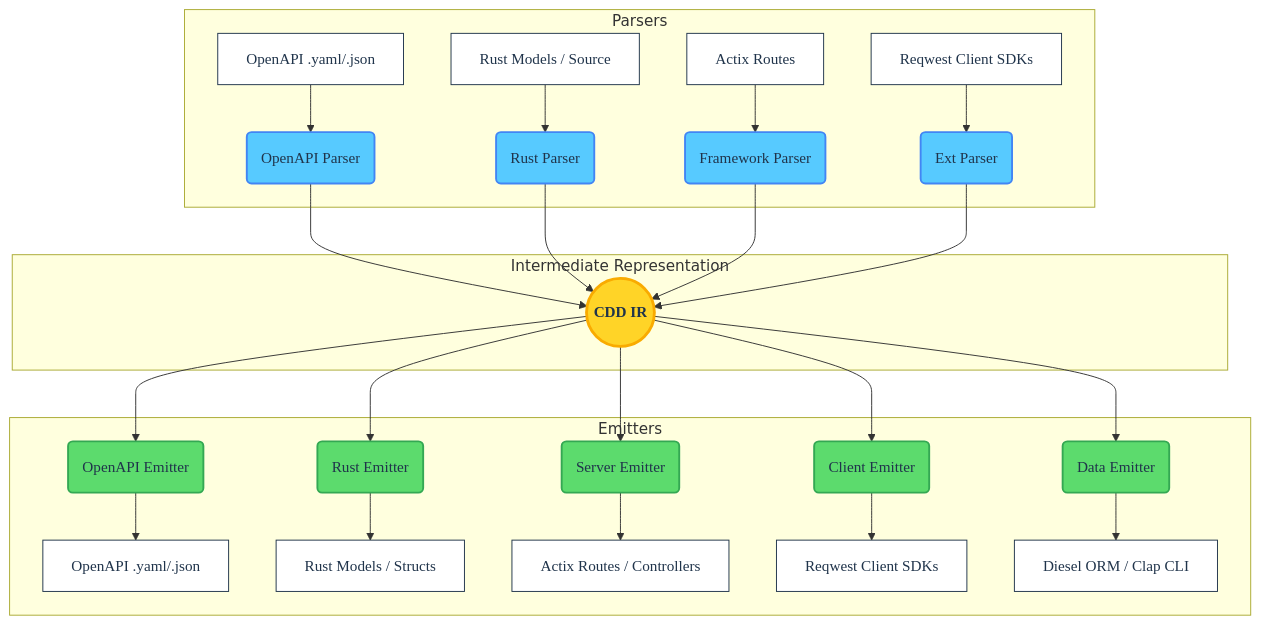
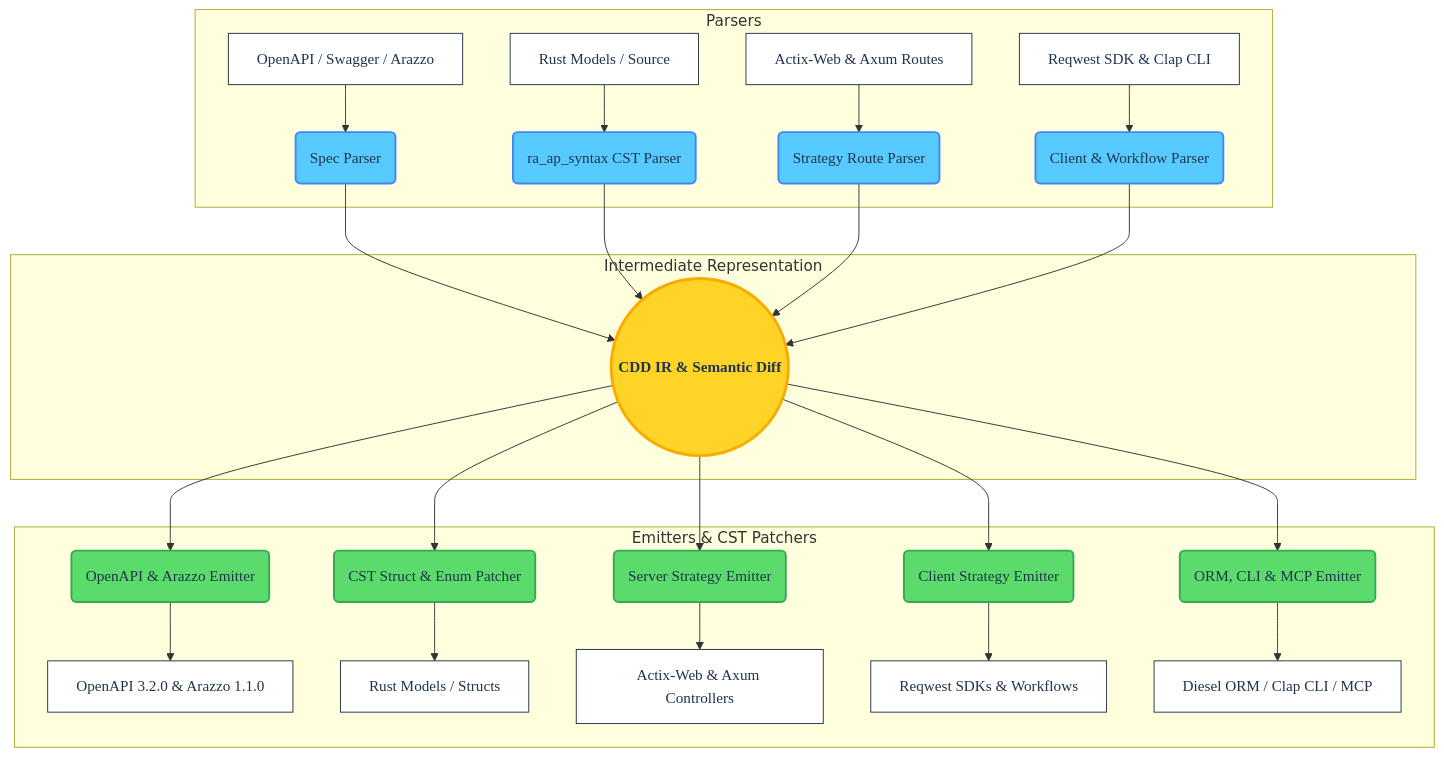
One commit to offscale/cdd-rust changed the diagram in ARCHITECTURE.md. Above: the diagram before and after it, drawn with Mermaid. The commit also changed other lines of this file and 18 other files, not shown here.

````diff
--- a/ARCHITECTURE.md
+++ b/ARCHITECTURE.md
@@ -15,38 +14,38 @@
 ```mermaid
 graph TD
     %% Styling Definitions
     classDef frontend fill:#57caff,stroke:#4285f4,stroke-width:2px,color:#20344b,font-family:Roboto Mono
     classDef core fill:#ffd427,stroke:#f9ab00,stroke-width:3px,color:#20344b,font-family:Google Sans,font-weight:bold
     classDef backend fill:#5cdb6d,stroke:#34a853,stroke-width:2px,color:#20344b,font-family:Roboto Mono
     classDef endpoint fill:#ffffff,stroke:#20344b,stroke-width:1px,color:#20344b,font-family:Google Sans
 
     subgraph Frontend [Parsers]
-        A[OpenAPI .yaml/.json]:::endpoint --> P1(OpenAPI Parser):::frontend
-        B[Rust Models / Source]:::endpoint --> P2(Rust Parser):::frontend
-        C[Actix Routes]:::endpoint --> P3(Framework Parser):::frontend
-        D[Reqwest Client SDKs]:::endpoint --> P4(Ext Parser):::frontend
+        A[OpenAPI / Swagger / Arazzo]:::endpoint --> P1(Spec Parser):::frontend
+        B[Rust Models / Source]:::endpoint --> P2(ra_ap_syntax CST Parser):::frontend
+        C[Actix-Web & Axum Routes]:::endpoint --> P3(Strategy Route Parser):::frontend
+        D[Reqwest SDK & Clap CLI]:::endpoint --> P4(Client & Workflow Parser):::frontend
     end
 
     subgraph Core [Intermediate Representation]
-        IR((CDD IR)):::core
+        IR((CDD IR & Semantic Diff)):::core
     end
 
-    subgraph Backend [Emitters]
-        E1(OpenAPI Emitter):::backend --> X[OpenAPI .yaml/.json]:::endpoint
-        E2(Rust Emitter):::backend --> Y[Rust Models / Structs]:::endpoint
-        E3(Server Emitter):::backend --> Z[Actix Routes / Controllers]:::endpoint
-        E4(Client Emitter):::backend --> W[Reqwest Client SDKs]:::endpoint
-        E5(Data Emitter):::backend --> V[Diesel ORM / Clap CLI]:::endpoint
+    subgraph Backend [Emitters & CST Patchers]
+        E1(OpenAPI & Arazzo Emitter):::backend --> X[OpenAPI 3.2.0 & Arazzo 1.1.0]:::endpoint
+        E2(CST Struct & Enum Patcher):::backend --> Y[Rust Models / Structs]:::endpoint
+        E3(Server Strategy Emitter):::backend --> Z[Actix-Web & Axum Controllers]:::endpoint
+        E4(Client Strategy Emitter):::backend --> W[Reqwest SDKs & Workflows]:::endpoint
+        E5(ORM, CLI & MCP Emitter):::backend --> V[Diesel ORM / Clap CLI / MCP]:::endpoint
     end
 
     P1 --> IR
     P2 --> IR
     P3 --> IR
     P4 --> IR
 
     IR --> E1
     IR --> E2
     IR --> E3
     IR --> E4
     IR --> E5
 ```
````
